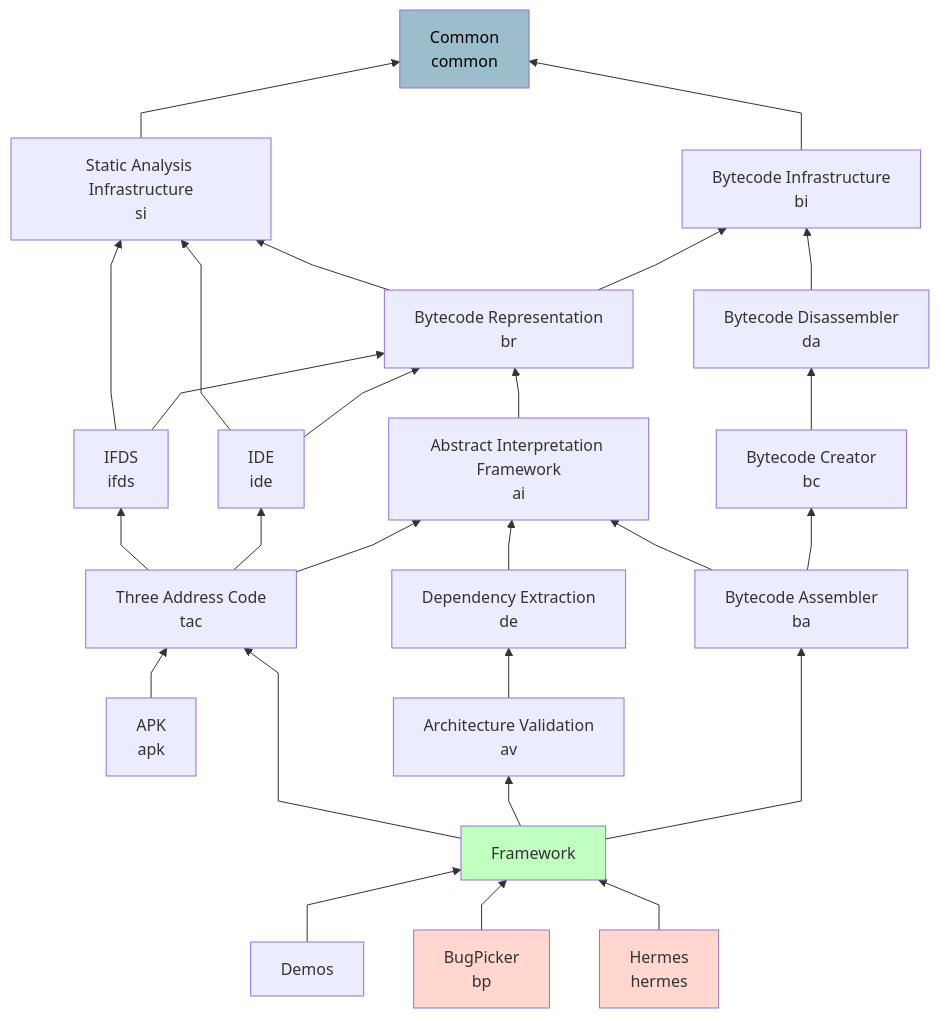
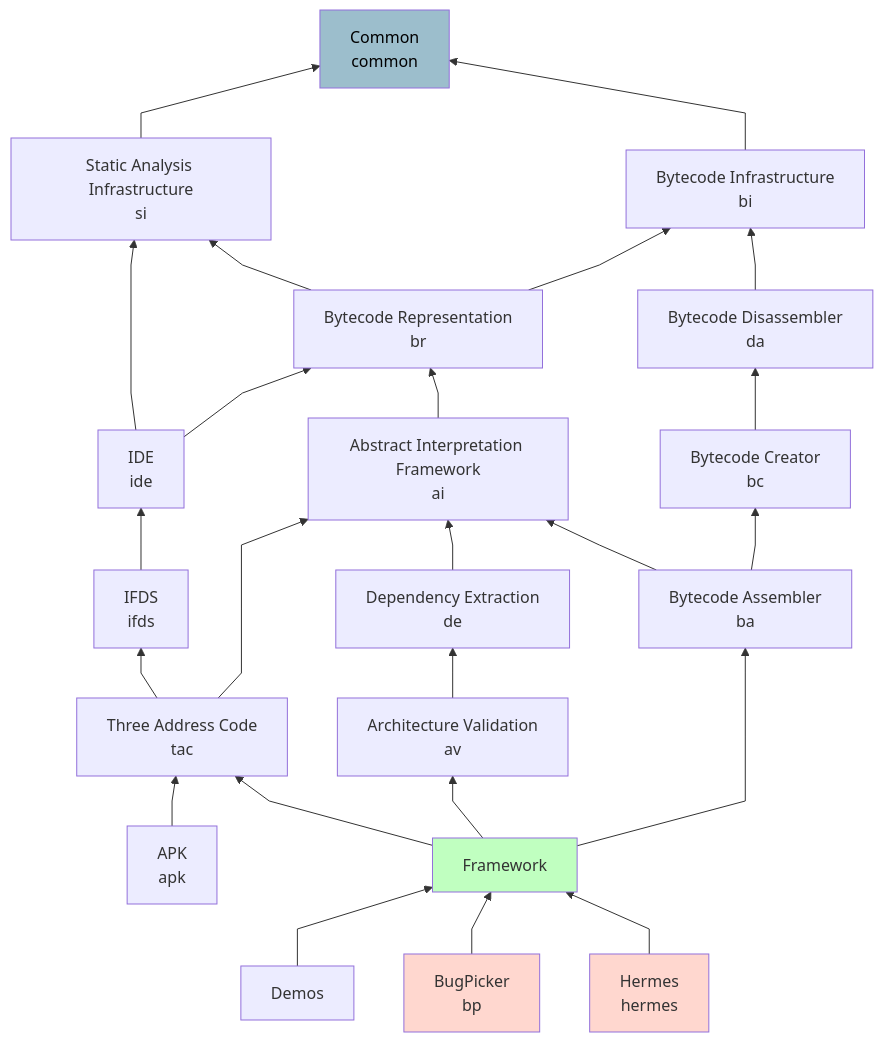
One commit to opalj/opal changed the diagram in OPAL/ProjectDependencies.mmd. Above: the diagram before and after it, drawn with Mermaid. The commit also changed 16 other files, not shown here.

```diff
--- a/OPAL/ProjectDependencies.mmd
+++ b/OPAL/ProjectDependencies.mmd
@@ -1,71 +1,69 @@
 %%{ init: { 'flowchart': { 'curve': 'linear' } } }%%
 flowchart BT
     common[Common<br>common]
 
     si[Static Analysis Infrastructure<br>si]
     bi[Bytecode Infrastructure<br>bi]
 
     br[Bytecode Representation<br>br]
     da[Bytecode Disassembler<br>da]
 
     ide[IDE<br>ide]
     ifds[IFDS<br>ifds]
     ai[Abstract Interpretation Framework<br>ai]
     bc[Bytecode Creator<br>bc]
 
     tac[Three Address Code<br>tac]
     de[Dependency Extraction<br>de]
     ba[Bytecode Assembler<br>ba]
 
     apk[APK<br>apk]
     av[Architecture Validation<br>av]
 
     framework[Framework]
 
     demos[Demos]
     bp[BugPicker<br>bp]
     hermes[Hermes<br>hermes]
 
     style common fill:#9cbecc,color:black
     style framework fill:#c0ffc0
     style bp fill:#ffd7cf
     style hermes fill:#ffd7cf
 
     si --> common
 
     bi --> common
 
     br --> si
     br --> bi
     da --> bi
 
     ide --> si
     ide --> br
 
-    ifds --> si
-    ifds --> br
+    ifds --> ide
 
     ai --> br
 
     bc --> da
 
     de --> ai
 
     tac --> ifds
-    tac --> ide
     tac --> ai
 
     apk --> tac
 
     ba --> ai
     ba --> bc
 
     av --> de
 
     framework --> tac
     framework --> av
     framework --> ba
     
     demos --> framework
     bp --> framework
     hermes --> framework
```
